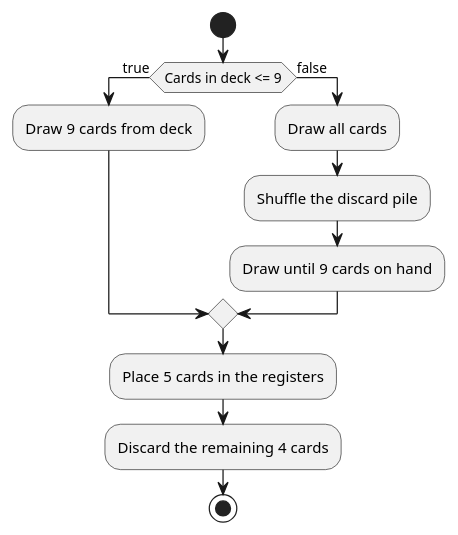
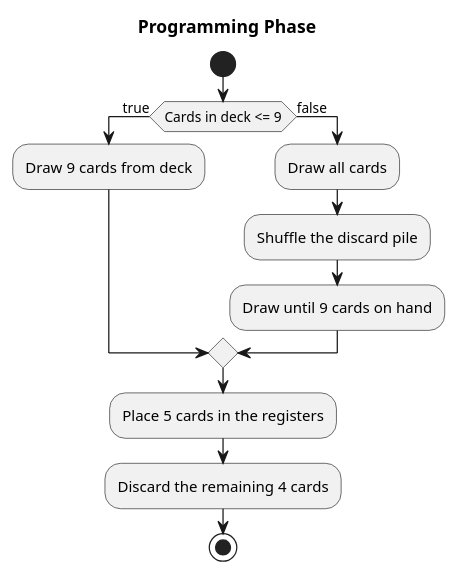
Before and after one commit to MikaelFangel/RoboRally: the diagram in diagrams/activity_dia_prog.puml, drawn with PlantUML. The commit also changed 1 other file, not shown here.

Commit message:
Made Upgrade Phase Activity Diagram

```diff
--- a/diagrams/activity_dia_prog.puml
+++ b/diagrams/activity_dia_prog.puml
@@ -1,15 +1,17 @@
 @startuml
+
+title Programming Phase
 
 start
 if(Cards in deck <= 9) then (true)
     :Draw 9 cards from deck;
 else (false)
     :Draw all cards;
     :Shuffle the discard pile;
     :Draw until 9 cards on hand;
 endif
 :Place 5 cards in the registers;
 :Discard the remaining 4 cards;
 stop
 
 @enduml
```
